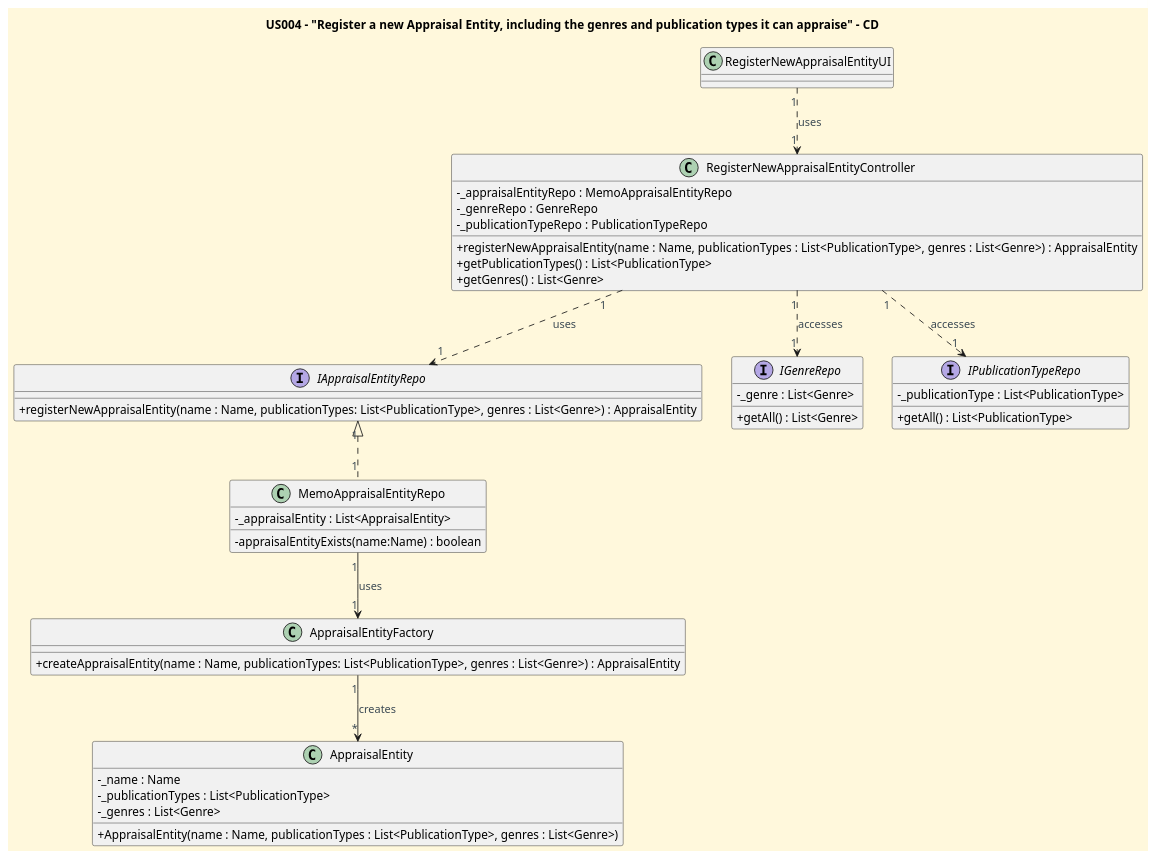
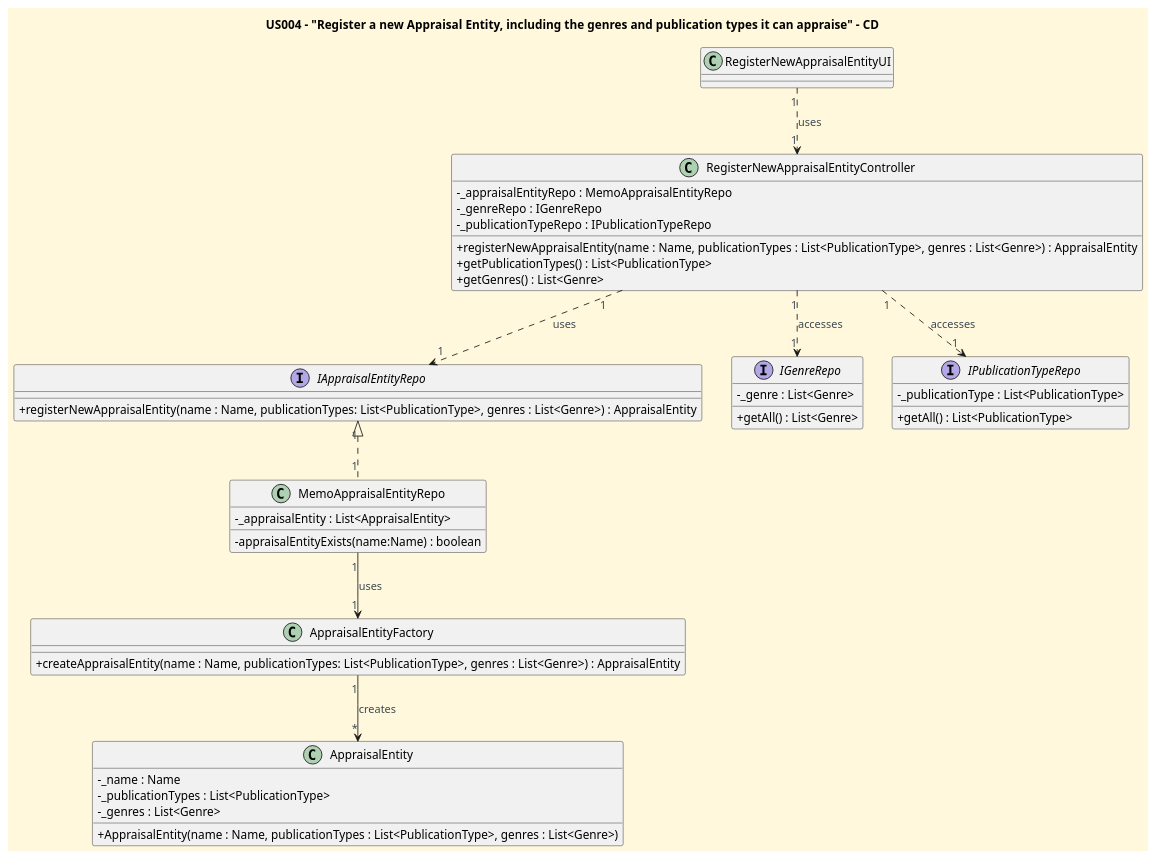
The diagram in docs/userStories/US004/US004_register_new_appraisal_entity_CD.puml (CarolinaLeite-collab/JavaMarketplacePlatform), drawn with PlantUML before and after one commit.

Commit message:
docs:  Updated CD for US004, refs #380

```diff
--- a/docs/userStories/US004/US004_register_new_appraisal_entity_CD.puml
+++ b/docs/userStories/US004/US004_register_new_appraisal_entity_CD.puml
@@ -1,67 +1,67 @@
 @startuml
 'https://plantuml.com/class-diagram
 title US004 - "Register a new Appraisal Entity, including the genres and publication types it can appraise" - CD
 
 
 '==== basic style ====
 skinparam monochrome false
 skinparam shadowing false
 skinparam defaultFontName Futura
 skinparam objectFontSize 20
 skinparam backgroundColor CornSilk
 skinparam objectBackgroundColor WhiteSmoke
 skinparam noteBackgroundColor #FFFFE0
 skinparam ArrowFontColor #3B4953
 skinparam ActivationBackgroundColor black
 skinparam classAttributeIconSize 0
 
 class RegisterNewAppraisalEntityUI {
 }
 
 class RegisterNewAppraisalEntityController {
 - _appraisalEntityRepo : MemoAppraisalEntityRepo
-- _genreRepo : GenreRepo
-- _publicationTypeRepo : PublicationTypeRepo
+- _genreRepo : IGenreRepo
+- _publicationTypeRepo : IPublicationTypeRepo
 + registerNewAppraisalEntity(name : Name, publicationTypes : List<PublicationType>, genres : List<Genre>) : AppraisalEntity
 + getPublicationTypes() : List<PublicationType>
 + getGenres() : List<Genre>
 }
 
 interface IAppraisalEntityRepo {
 + registerNewAppraisalEntity(name : Name, publicationTypes: List<PublicationType>, genres : List<Genre>) : AppraisalEntity
 }
 
 class MemoAppraisalEntityRepo {
 -_appraisalEntity : List<AppraisalEntity>
 - appraisalEntityExists(name:Name) : boolean
 }
 
 class AppraisalEntityFactory {
 + createAppraisalEntity(name : Name, publicationTypes: List<PublicationType>, genres : List<Genre>) : AppraisalEntity
 }
 interface IGenreRepo {
 - _genre : List<Genre>
 + getAll() : List<Genre>
 }
 
 interface IPublicationTypeRepo {
 -_publicationType : List<PublicationType>
 + getAll() : List<PublicationType>
 }
 
 class AppraisalEntity{
 - _name : Name
 - _publicationTypes : List<PublicationType>
 - _genres : List<Genre>
 + AppraisalEntity(name : Name, publicationTypes : List<PublicationType>, genres : List<Genre>)
 }
 
 RegisterNewAppraisalEntityUI "1" ..> "1" RegisterNewAppraisalEntityController : uses
 RegisterNewAppraisalEntityController "1" ..> "1" IGenreRepo : accesses
 RegisterNewAppraisalEntityController "1" ..> "1" IPublicationTypeRepo : accesses
 RegisterNewAppraisalEntityController "1" ..> "1" IAppraisalEntityRepo : uses
 IAppraisalEntityRepo "1" <|.. "1" MemoAppraisalEntityRepo
 MemoAppraisalEntityRepo "1" --> "1" AppraisalEntityFactory : uses
 AppraisalEntityFactory "1" --> "*" AppraisalEntity : creates
 
 @enduml
```
